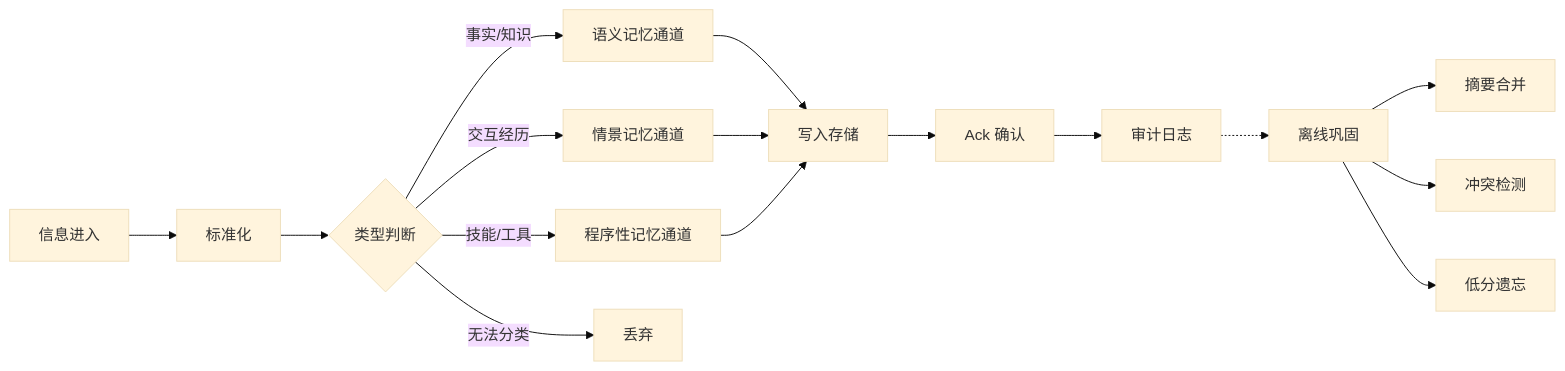
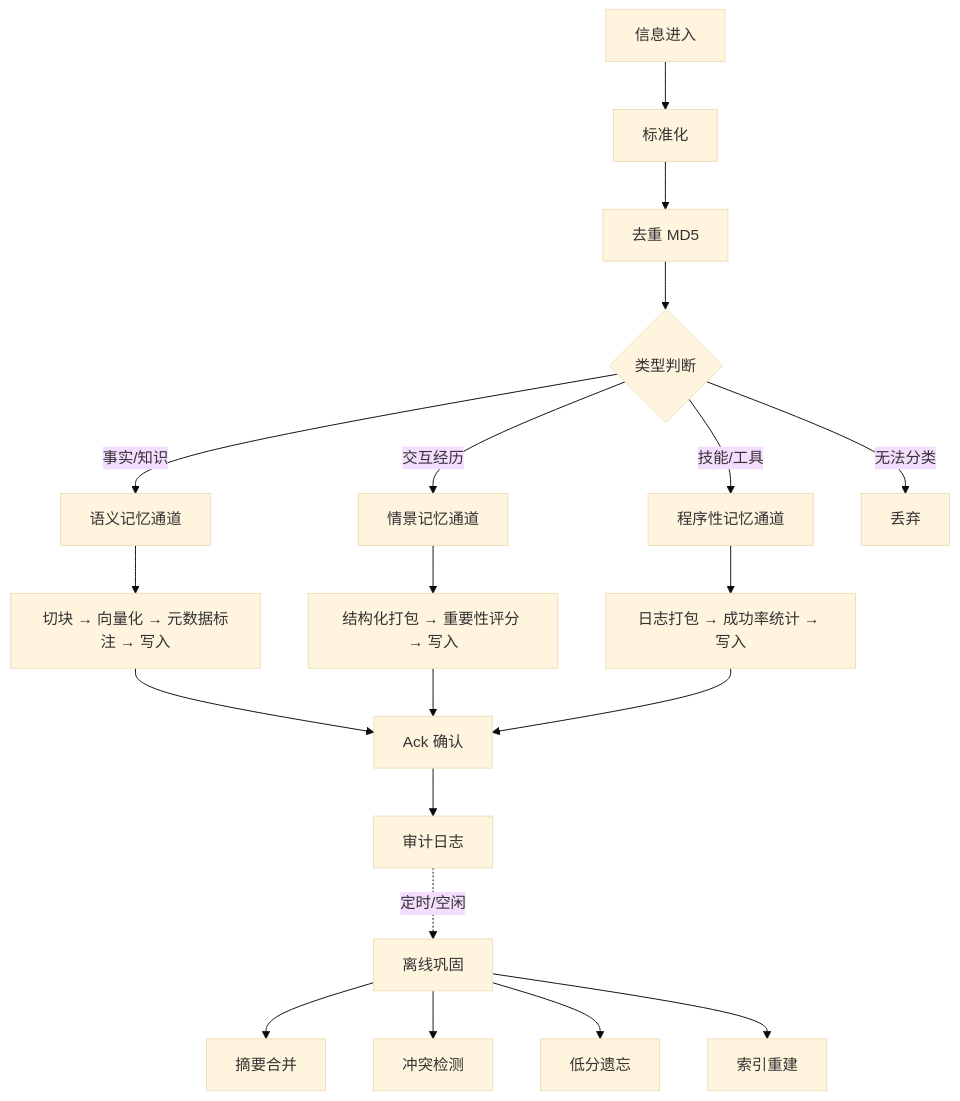
One commit to shuo2c/Robot changed the diagram in prd/memory/storage.md. Above: the diagram before and after it, drawn with Mermaid (base theme). The commit also changed other lines of this file, not shown here.

````diff
--- a/prd/memory/storage.md
+++ b/prd/memory/storage.md
@@ -12,18 +12,28 @@
 ```mermaid
-graph LR
-    A[信息进入] --> B[标准化]
-    B --> C{类型判断}
-    C -->|事实/知识| D[语义记忆通道]
-    C -->|交互经历| E[情景记忆通道]
-    C -->|技能/工具| F[程序性记忆通道]
-    C -->|无法分类| G[丢弃]
-    D --> H[写入存储]
-    E --> H
-    F --> H
-    H --> I[Ack 确认]
-    I --> J[审计日志]
-    J -.-> K[离线巩固]
-    K --> L[摘要合并]
-    K --> M[冲突检测]
-    K --> N[低分遗忘]
+graph TB
+    S[信息进入] --> STD[标准化]
+    STD --> DUP[去重 MD5]
+    DUP --> ROUTE{类型判断}
+
+    ROUTE -->|事实/知识| SEM[语义记忆通道]
+    ROUTE -->|交互经历| EPI[情景记忆通道]
+    ROUTE -->|技能/工具| PROC[程序性记忆通道]
+    ROUTE -->|无法分类| DIS[丢弃]
+
+    SEM --> SEMW[切块 → 向量化 → 元数据标注 → 写入]
+    EPI --> EPIW[结构化打包 → 重要性评分 → 写入]
+    PROC --> PROCW[日志打包 → 成功率统计 → 写入]
+
+    SEMW --> ACK[Ack 确认]
+    EPIW --> ACK
+    PROCW --> ACK
+
+    ACK --> AUD[审计日志]
+
+    AUD -. 定时/空闲 .-> OFF[离线巩固]
+
+    OFF --> SUMP[摘要合并]
+    OFF --> CONF[冲突检测]
+    OFF --> CLEAN[低分遗忘]
+    OFF --> IDX[索引重建]
 ```
````
